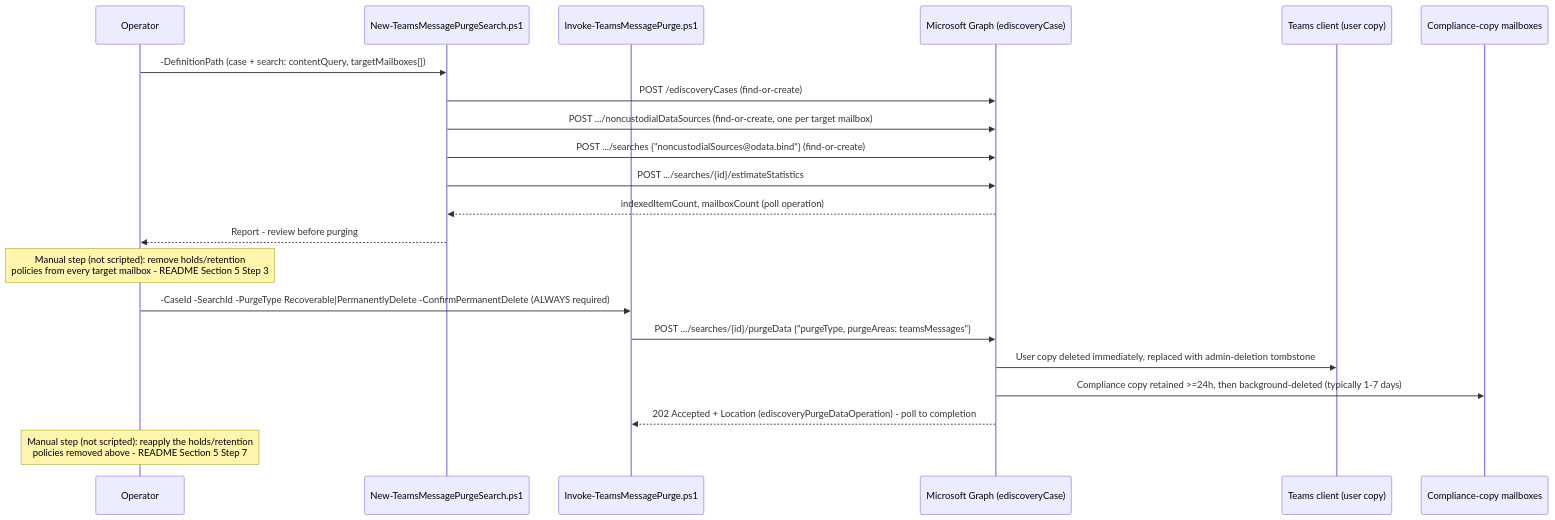
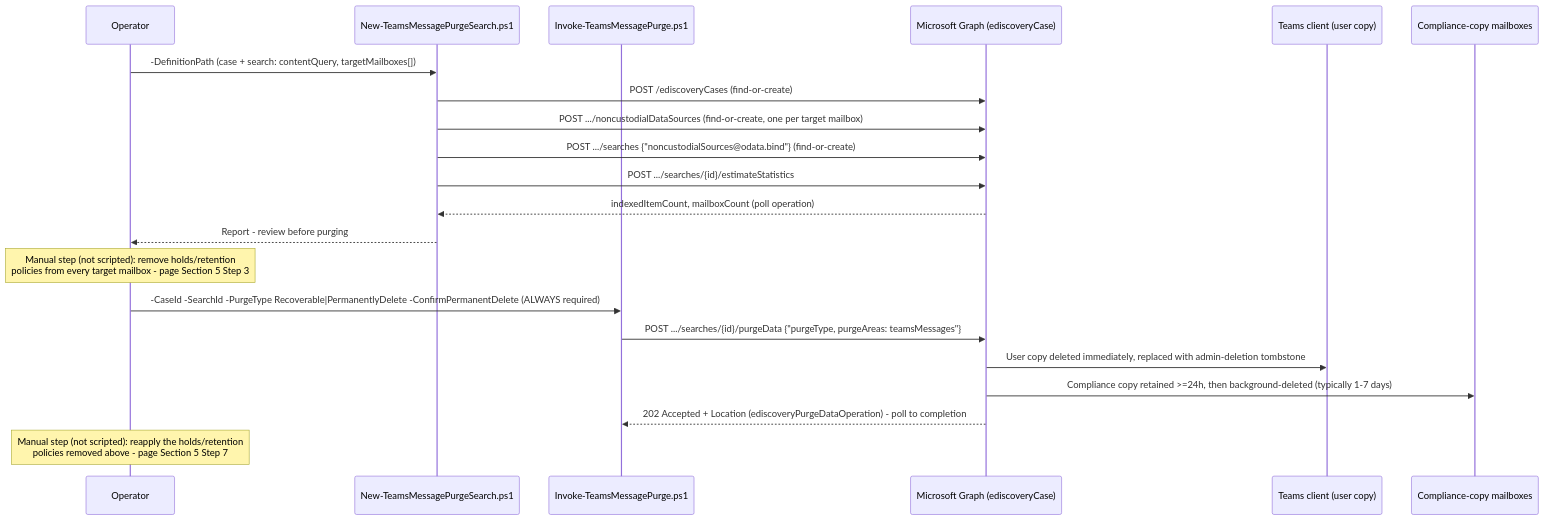
The diagram in src/content/scenarios/ediscovery/search-and-purge-teams-messages.md (kpsec1/kpsec1.github.io), drawn with Mermaid before and after one commit. The commit also changed 269 other files, not shown here.

````diff
--- a/src/content/scenarios/ediscovery/search-and-purge-teams-messages.md
+++ b/src/content/scenarios/ediscovery/search-and-purge-teams-messages.md
@@ -44,27 +44,27 @@
 ```mermaid
 sequenceDiagram
     participant Op as Operator
     participant Search as New-TeamsMessagePurgeSearch.ps1
     participant Purge as Invoke-TeamsMessagePurge.ps1
     participant Graph as Microsoft Graph (ediscoveryCase)
     participant Teams as Teams client (user copy)
     participant Mbx as Compliance-copy mailboxes
 
     Op->>Search: -DefinitionPath (case + search: contentQuery, targetMailboxes[])
     Search->>Graph: POST /ediscoveryCases (find-or-create)
     Search->>Graph: POST .../noncustodialDataSources (find-or-create, one per target mailbox)
     Search->>Graph: POST .../searches {"noncustodialSources@odata.bind"} (find-or-create)
     Search->>Graph: POST .../searches/{id}/estimateStatistics
     Graph-->>Search: indexedItemCount, mailboxCount (poll operation)
     Search-->>Op: Report - review before purging
 
-    Note over Op: Manual step (not scripted): remove holds/retention<br/>policies from every target mailbox - README Section 5 Step 3
+    Note over Op: Manual step (not scripted): remove holds/retention<br/>policies from every target mailbox - page Section 5 Step 3
 
     Op->>Purge: -CaseId -SearchId -PurgeType Recoverable|PermanentlyDelete -ConfirmPermanentDelete (ALWAYS required)
     Purge->>Graph: POST .../searches/{id}/purgeData {"purgeType, purgeAreas: teamsMessages"}
     Graph->>Teams: User copy deleted immediately, replaced with admin-deletion tombstone
     Graph->>Mbx: Compliance copy retained >=24h, then background-deleted (typically 1-7 days)
     Graph-->>Purge: 202 Accepted + Location (ediscoveryPurgeDataOperation) - poll to completion
 
-    Note over Op: Manual step (not scripted): reapply the holds/retention<br/>policies removed above - README Section 5 Step 7
+    Note over Op: Manual step (not scripted): reapply the holds/retention<br/>policies removed above - page Section 5 Step 7
 ```
````
